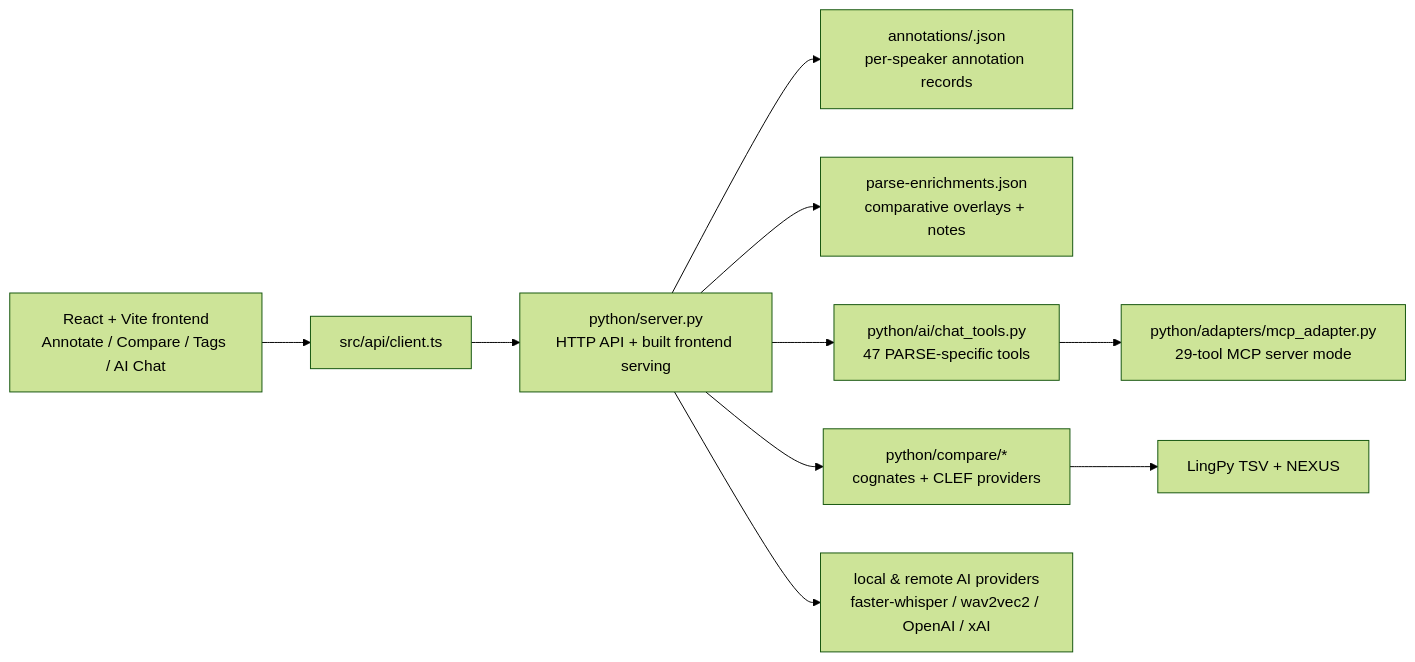
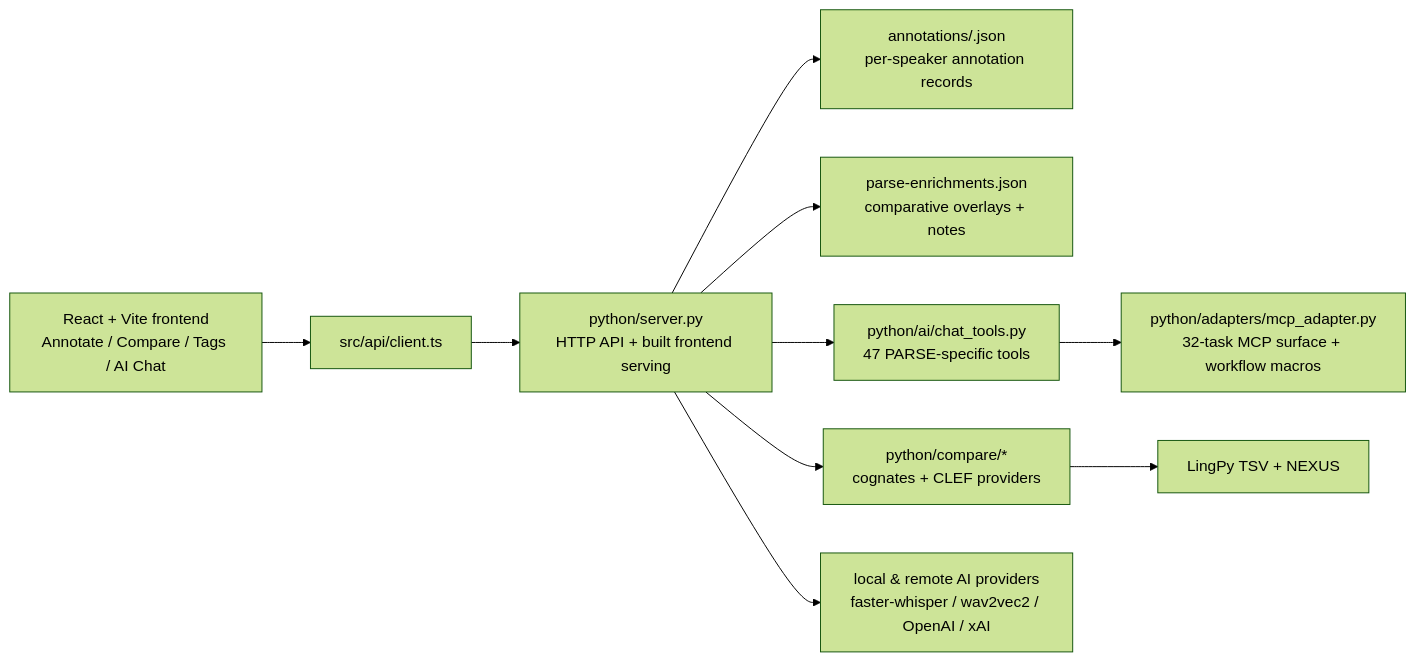
One commit to ArdeleanLucas/PARSE changed the first of 5 diagrams in docs/architecture.md. Above: the diagram before and after it, drawn with Mermaid (forest theme). The commit also changed other lines of this file and 10 other files, not shown here.

First line of the commit message:
feat: add MCP workflow macros (#191)

````diff
--- a/docs/architecture.md
+++ b/docs/architecture.md
@@ -11,12 +11,12 @@
 ```mermaid
 flowchart LR
     Browser[React + Vite frontend\nAnnotate / Compare / Tags / AI Chat] --> Client[src/api/client.ts]
     Client --> Server[python/server.py\nHTTP API + built frontend serving]
     Server --> Annotations[annotations/<Speaker>.json\nper-speaker annotation records]
     Server --> Enrichments[parse-enrichments.json\ncomparative overlays + notes]
     Server --> ChatTools[python/ai/chat_tools.py\n47 PARSE-specific tools]
     Server --> Compare[python/compare/*\ncognates + CLEF providers]
     Server --> Models[local & remote AI providers\nfaster-whisper / wav2vec2 / OpenAI / xAI]
-    ChatTools --> MCP[python/adapters/mcp_adapter.py\n29-tool MCP server mode]
+    ChatTools --> MCP[python/adapters/mcp_adapter.py\n32-task MCP surface + workflow macros]
     Compare --> Exports[LingPy TSV + NEXUS]
 ```
````
